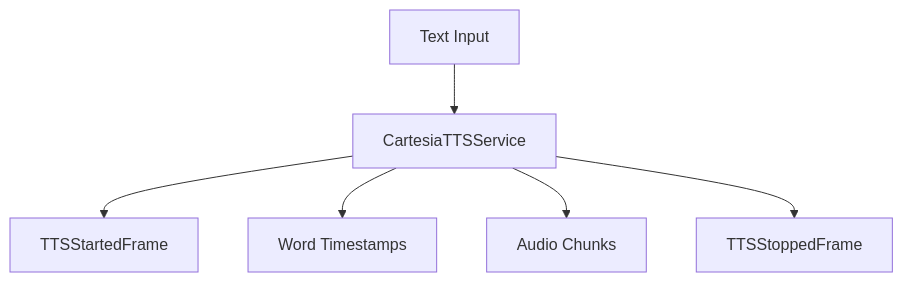
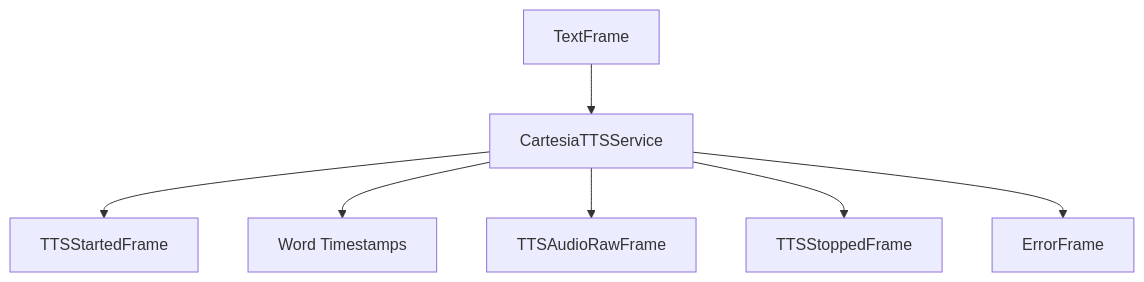
One commit to pipecat-ai/docs changed the first of 2 diagrams in api-reference/services/tts/cartesia.mdx. Above: the diagram before and after it, drawn with Mermaid. The commit also changed other lines of this file and 25 other files, not shown here.

Commit message:
Clean up Frame Flow diagrams

````diff
--- a/api-reference/services/tts/cartesia.mdx
+++ b/api-reference/services/tts/cartesia.mdx
@@ -191,8 +191,9 @@
 ```mermaid
 graph TD
-    A[Text Input] --> B[CartesiaTTSService]
+    A[TextFrame] --> B[CartesiaTTSService]
     B --> C[TTSStartedFrame]
     B --> D[Word Timestamps]
-    B --> E[Audio Chunks]
+    B --> E[TTSAudioRawFrame]
     B --> F[TTSStoppedFrame]
+    B --> G[ErrorFrame]
 ```
````
